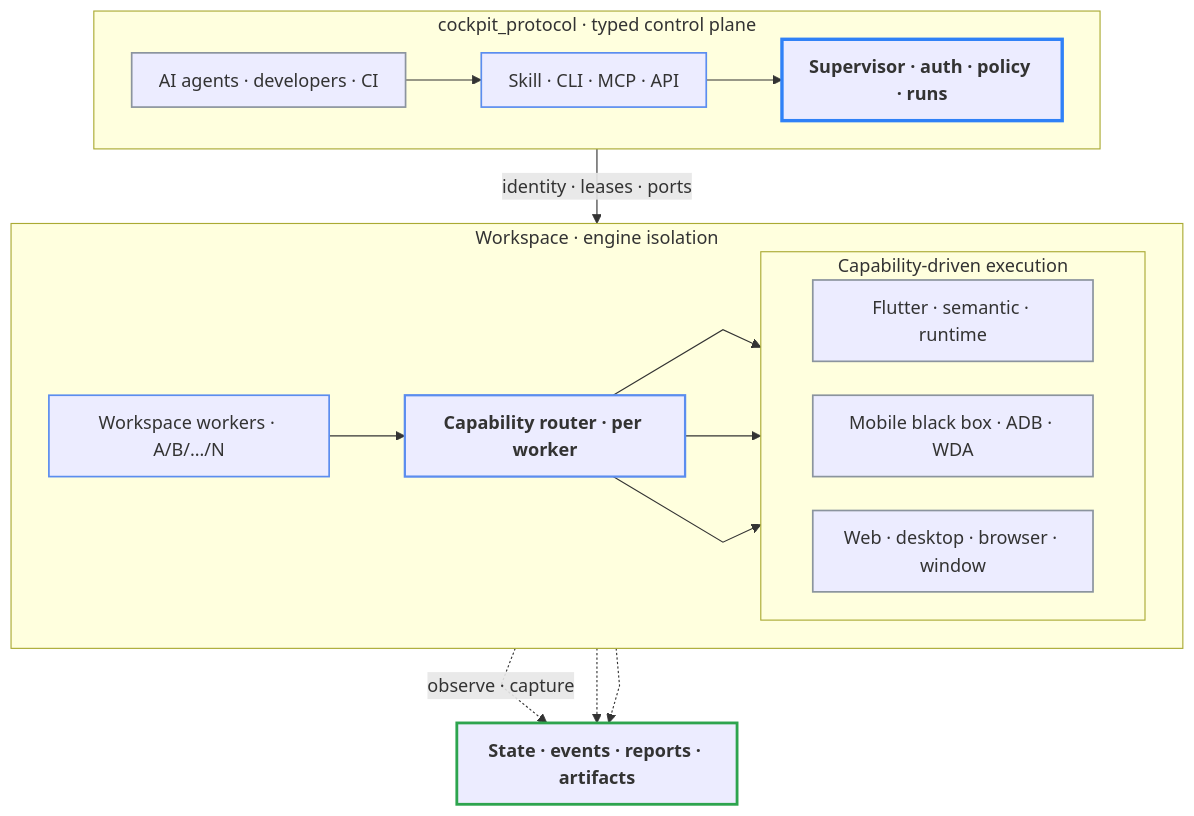
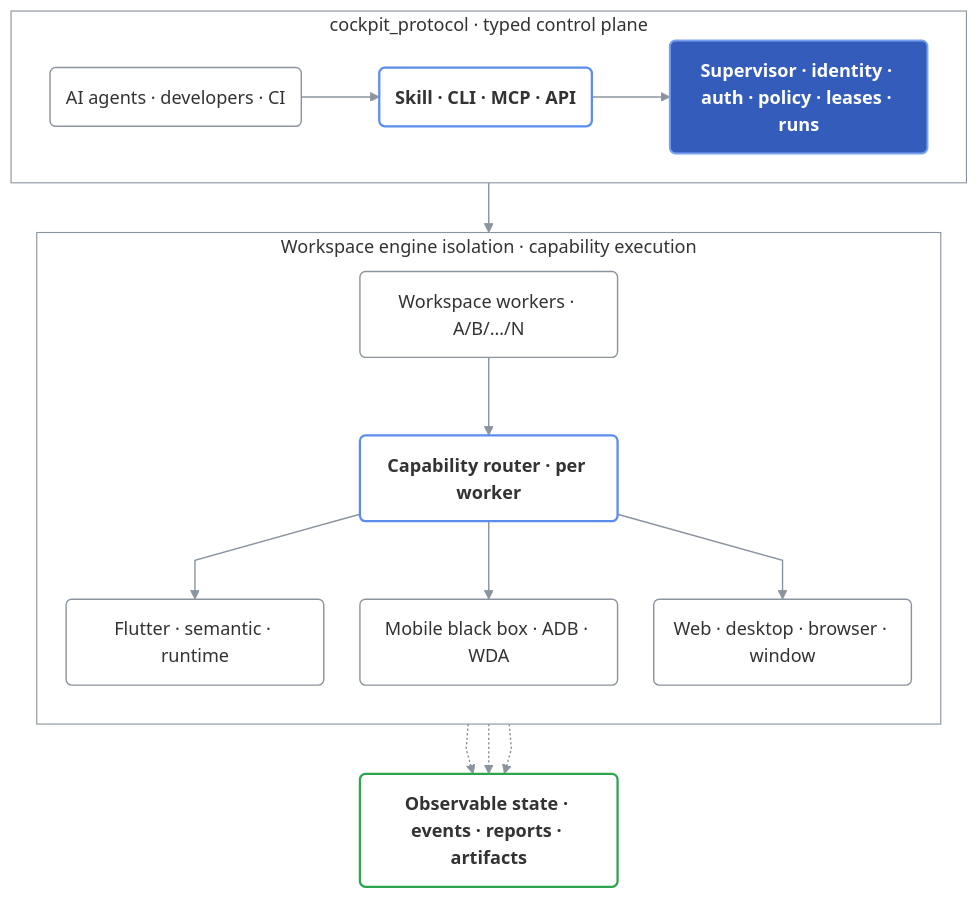
One commit to cockpit-dev/cockpit changed the diagram in README.md. Above: the diagram before and after it, drawn with Mermaid. The commit also changed 1 other file, not shown here.

Commit message:
docs: refine adaptive architecture diagram theme

````diff
--- a/README.md
+++ b/README.md
@@ -119,52 +119,46 @@
 ```mermaid
-%%{init: {"flowchart": {"curve": "linear", "nodeSpacing": 30, "rankSpacing": 42, "padding": 12}}}%%
+%%{init: {"flowchart": {"curve": "linear", "nodeSpacing": 32, "rankSpacing": 44, "padding": 14}}}%%
 flowchart TB
   subgraph ControlPath["cockpit_protocol · typed control plane"]
     direction LR
-    Actors["AI agents · developers · CI"]
-    Surfaces["Skill · CLI · MCP · API"]
-    Supervisor["Supervisor · auth · policy · runs"]
+    Actors("AI agents · developers · CI")
+    Surfaces("Skill · CLI · MCP · API")
+    Supervisor("Supervisor · identity · auth · policy · leases · runs")
     Actors --> Surfaces --> Supervisor
   end
 
-  subgraph RuntimePath["Workspace · engine isolation"]
-    direction LR
-    Workers["Workspace workers · A/B/…/N"]
-    Router["Capability router · per worker"]
-
-    subgraph Planes["Capability-driven execution"]
-      direction LR
-      Flutter["Flutter · semantic · runtime"]
-      Native["Mobile black box · ADB · WDA"]
-      Desktop["Web · desktop · browser · window"]
-    end
+  subgraph RuntimePath["Workspace engine isolation · capability execution"]
+    direction TB
+    Workers("Workspace workers · A/B/…/N")
+    Router("Capability router · per worker")
+    Flutter("Flutter · semantic · runtime")
+    Native("Mobile black box · ADB · WDA")
+    Desktop("Web · desktop · browser · window")
 
     Workers --> Router
     Router --> Flutter
     Router --> Native
     Router --> Desktop
   end
 
-  Evidence["State · events · reports · artifacts"]
+  Evidence("Observable state · events · reports · artifacts")
 
-  Supervisor -->|identity · leases · ports| Workers
-  Flutter -.->|observe · capture| Evidence
+  Supervisor --> Workers
+  Flutter -.-> Evidence
   Native -.-> Evidence
   Desktop -.-> Evidence
 
-  classDef actor stroke:#8B949E,stroke-width:1.5px
-  classDef surface stroke:#5B8DEF,stroke-width:1.5px
-  classDef primary stroke:#2F81F7,stroke-width:3px,font-weight:700
-  classDef control stroke:#5B8DEF,stroke-width:2px,font-weight:600
-  classDef worker stroke:#5B8DEF,stroke-width:1.5px
-  classDef plane stroke:#8B949E,stroke-width:1.5px
-  classDef evidence stroke:#2DA44E,stroke-width:2.5px,font-weight:600
+  classDef neutral fill:transparent,stroke:#8B949E,stroke-width:1.25px
+  classDef accent fill:#345CBA,stroke:#7BA1F2,color:#FFFFFF,stroke-width:1.75px,font-weight:700
+  classDef active fill:transparent,stroke:#5B8DEF,stroke-width:2px,font-weight:600
+  classDef evidence fill:transparent,stroke:#2DA44E,stroke-width:2px,font-weight:600
 
-  class Actors actor
-  class Surfaces surface
-  class Supervisor primary
-  class Router control
-  class Workers worker
-  class Flutter,Native,Desktop plane
+  class Actors,Workers,Flutter,Native,Desktop neutral
+  class Surfaces,Router active
+  class Supervisor accent
   class Evidence evidence
+
+  style ControlPath fill:transparent,stroke:#8B949E,stroke-width:1px
+  style RuntimePath fill:transparent,stroke:#8B949E,stroke-width:1px
+  linkStyle default stroke:#8B949E,stroke-width:1.25px
 ```
````
